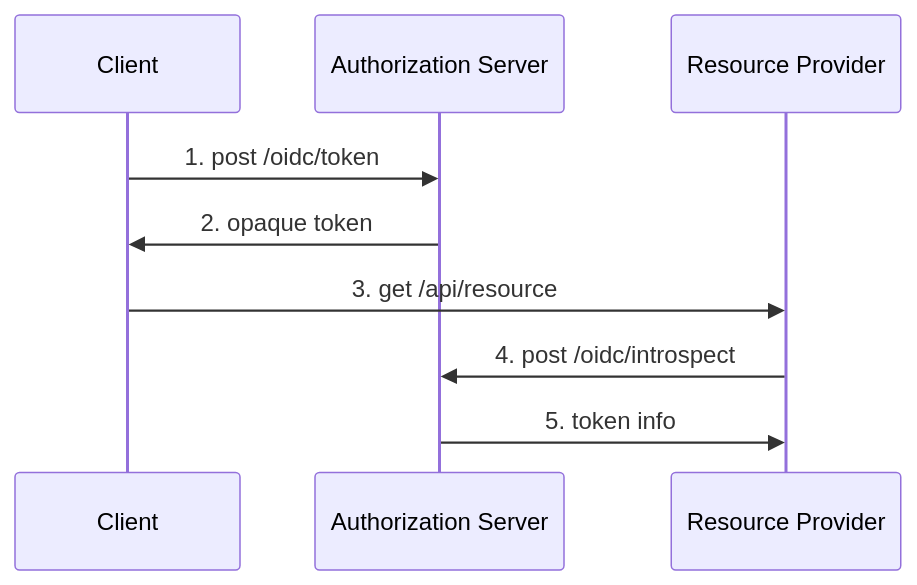
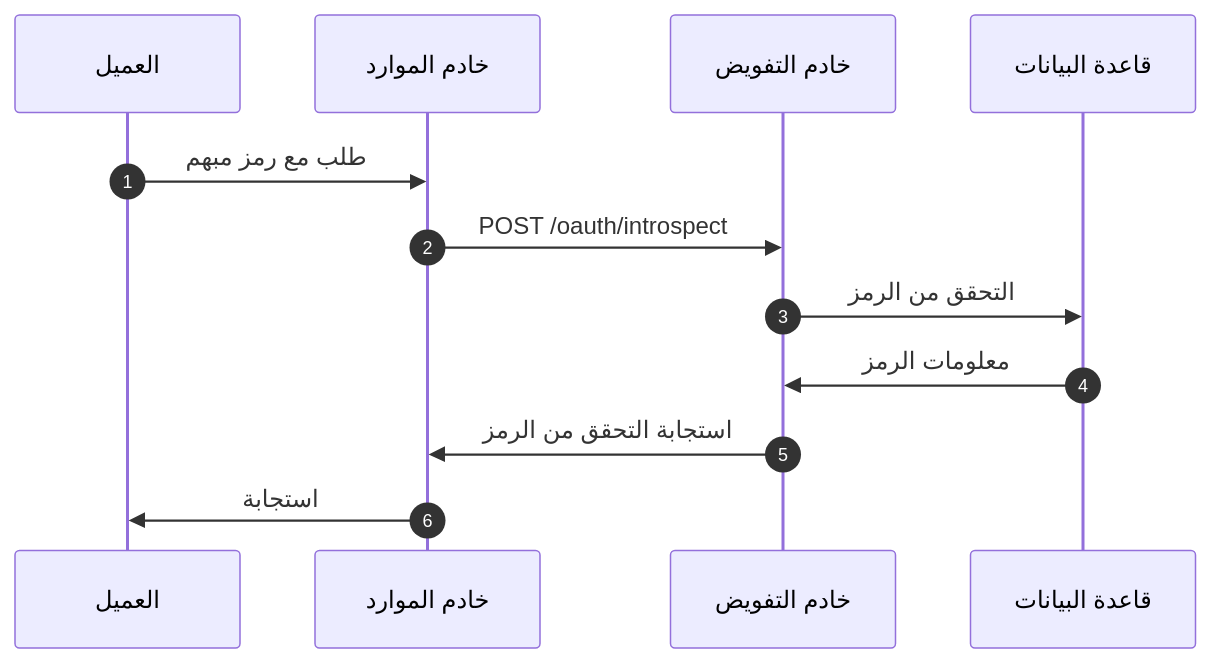
Before and after one commit to logto-io/auth-wiki: the third of 5 diagrams in src/content/terms/ar/opaque-token.mdx, drawn with Mermaid. The commit also changed other lines of this file and 95 other files, not shown here.

````diff
--- a/src/content/terms/ar/opaque-token.mdx
+++ b/src/content/terms/ar/opaque-token.mdx
@@ -49,13 +80,15 @@
 ```mermaid
 sequenceDiagram
-    participant C as Client
-    participant AS as Authorization Server
-    participant RP as Resource Provider
+    participant C as العميل
+    participant RS as خادم الموارد
+    participant AS as خادم التفويض
+    participant D as قاعدة البيانات
+    autonumber
 
-    C ->> AS: 1. post /oidc/token
-    AS ->> C: 2. opaque token
-    C ->> RP: 3. get /api/resource
-    RP ->> AS: 4. post /oidc/introspect
-    AS ->> RP: 5. token info
-
+    C->>RS: طلب مع رمز مبهم
+    RS->>AS: POST /oauth/introspect
+    AS->>D: التحقق من الرمز
+    D->>AS: معلومات الرمز
+    AS->>RS: استجابة التحقق من الرمز
+    RS->>C: استجابة
 ```
````
